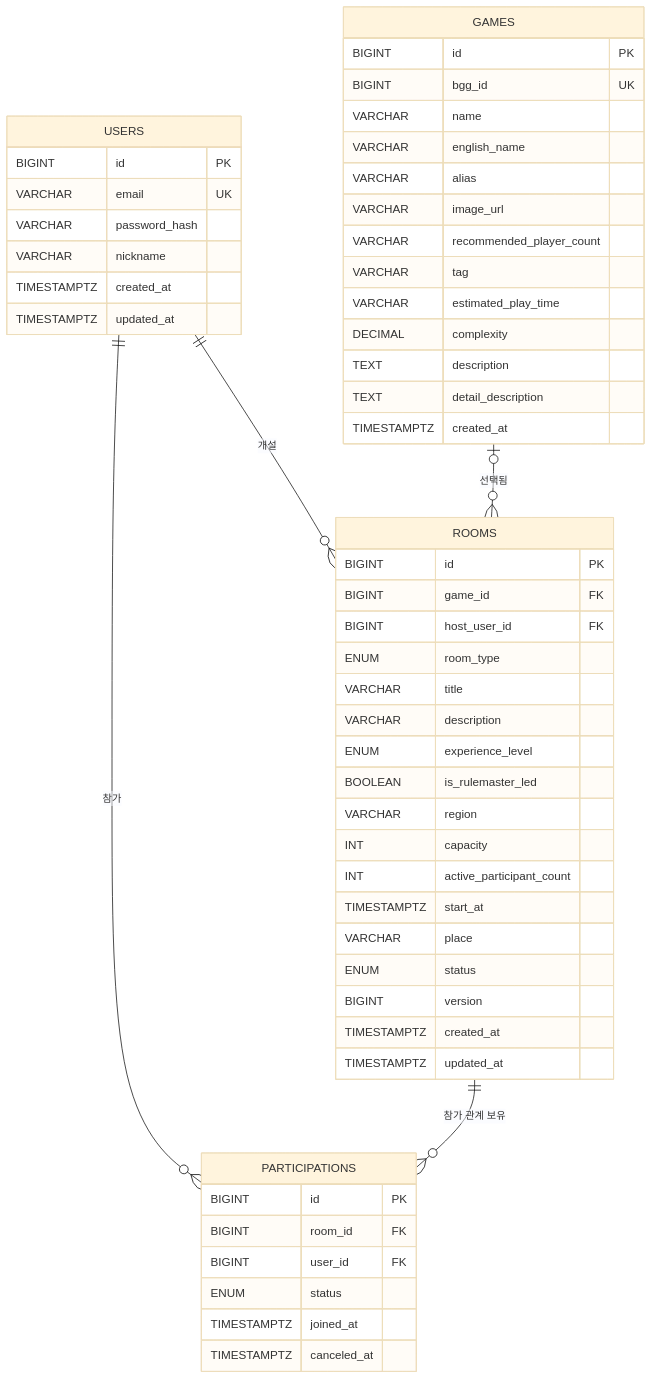
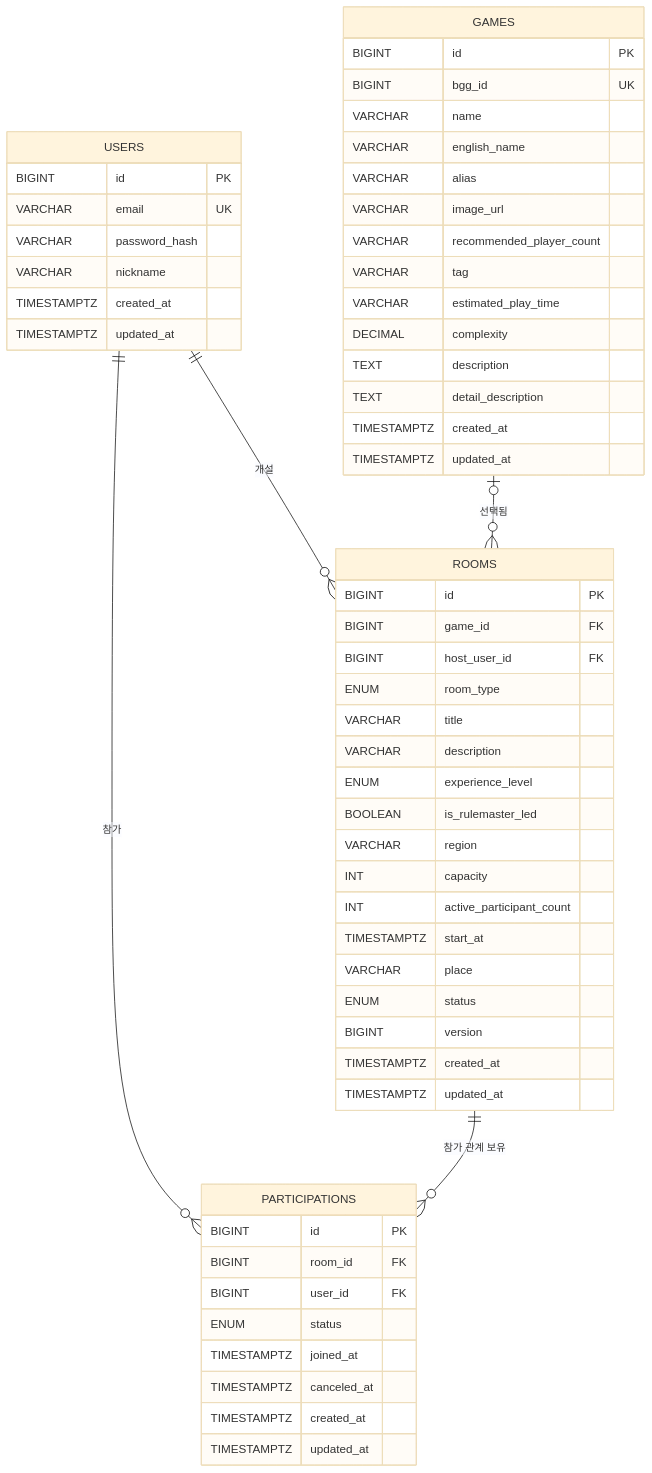
The diagram in docs/ERD.md (bamsongi-club/albam-mate), drawn with Mermaid (base theme) before and after one commit. The commit also changed other lines of this file and 16 other files, not shown here.

```diff
--- a/docs/ERD.md
+++ b/docs/ERD.md
@@ -23,61 +23,64 @@
 ~~~mermaid
 erDiagram
     USERS ||--o{ ROOMS : "개설"
     GAMES o|--o{ ROOMS : "선택됨"
     USERS ||--o{ PARTICIPATIONS : "참가"
     ROOMS ||--o{ PARTICIPATIONS : "참가 관계 보유"
 
     USERS {
         BIGINT id PK
         VARCHAR email UK
         VARCHAR password_hash
         VARCHAR nickname
         TIMESTAMPTZ created_at
         TIMESTAMPTZ updated_at
     }
 
     GAMES {
         BIGINT id PK
         BIGINT bgg_id UK
         VARCHAR name
         VARCHAR english_name
         VARCHAR alias
         VARCHAR image_url
         VARCHAR recommended_player_count
         VARCHAR tag
         VARCHAR estimated_play_time
         DECIMAL complexity
         TEXT description
         TEXT detail_description
         TIMESTAMPTZ created_at
+        TIMESTAMPTZ updated_at
     }
 
     ROOMS {
         BIGINT id PK
         BIGINT game_id FK
         BIGINT host_user_id FK
         ENUM room_type
         VARCHAR title
         VARCHAR description
         ENUM experience_level
         BOOLEAN is_rulemaster_led
         VARCHAR region
         INT capacity
         INT active_participant_count
         TIMESTAMPTZ start_at
         VARCHAR place
         ENUM status
         BIGINT version
         TIMESTAMPTZ created_at
         TIMESTAMPTZ updated_at
     }
 
     PARTICIPATIONS {
         BIGINT id PK
         BIGINT room_id FK
         BIGINT user_id FK
         ENUM status
         TIMESTAMPTZ joined_at
         TIMESTAMPTZ canceled_at
+        TIMESTAMPTZ created_at
+        TIMESTAMPTZ updated_at
     }
 ~~~
```
